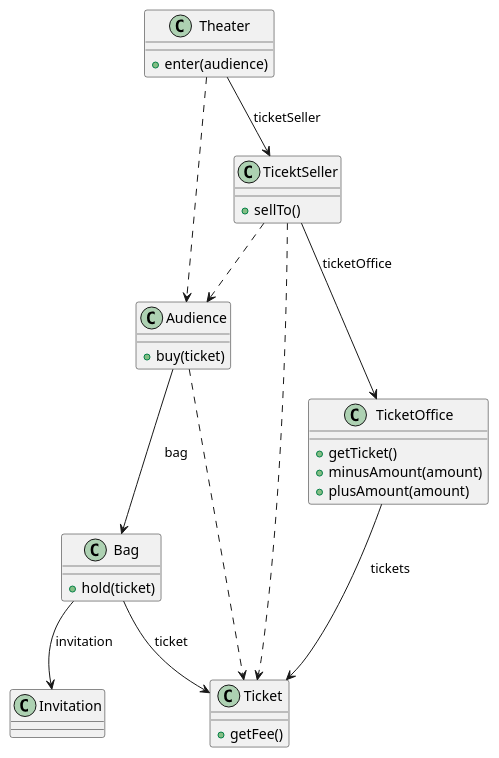
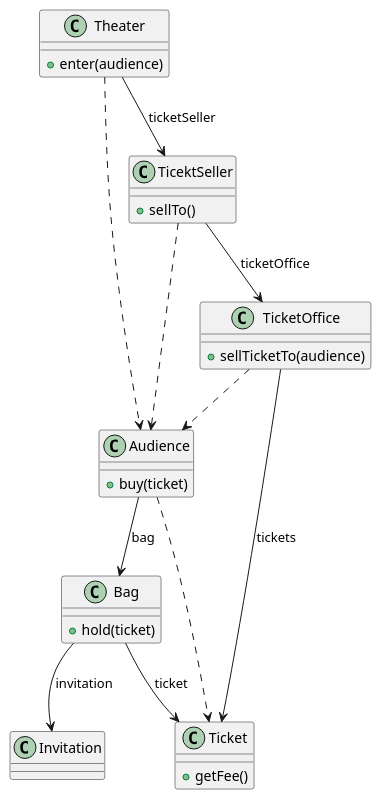
Before and after one commit to vomvoru/object-study: the diagram in uml.pu, drawn with PlantUML. The commit also changed 2 other files, not shown here.

```diff
--- a/uml.pu
+++ b/uml.pu
@@ -1,46 +1,44 @@
 @startuml
 Audience --> Bag: bag
 Audience ..> Ticket
 
 Bag --> Invitation: invitation
 Bag --> Ticket: ticket
 
 TicektSeller --> TicketOffice: ticketOffice
-TicektSeller ..> Ticket
 TicektSeller ..> Audience
 
 TicketOffice --> Ticket: tickets
+TicketOffice ..> Audience
 
 Theater --> TicektSeller: ticketSeller
 Theater ..> Audience
 
 class Audience {
   +buy(ticket)
 }
 
 class Bag {
   +hold(ticket)
 }
 
 class Invitation {
   
 }
 
 class Ticket {
   +getFee()
 }
 
 class TicektSeller {
   +sellTo()
 }
 
 class TicketOffice {
-  +getTicket()
-  +minusAmount(amount)
-  +plusAmount(amount)
+  +sellTicketTo(audience)
 }
 
 class Theater {
   +enter(audience)
 }
 @enduml
```
